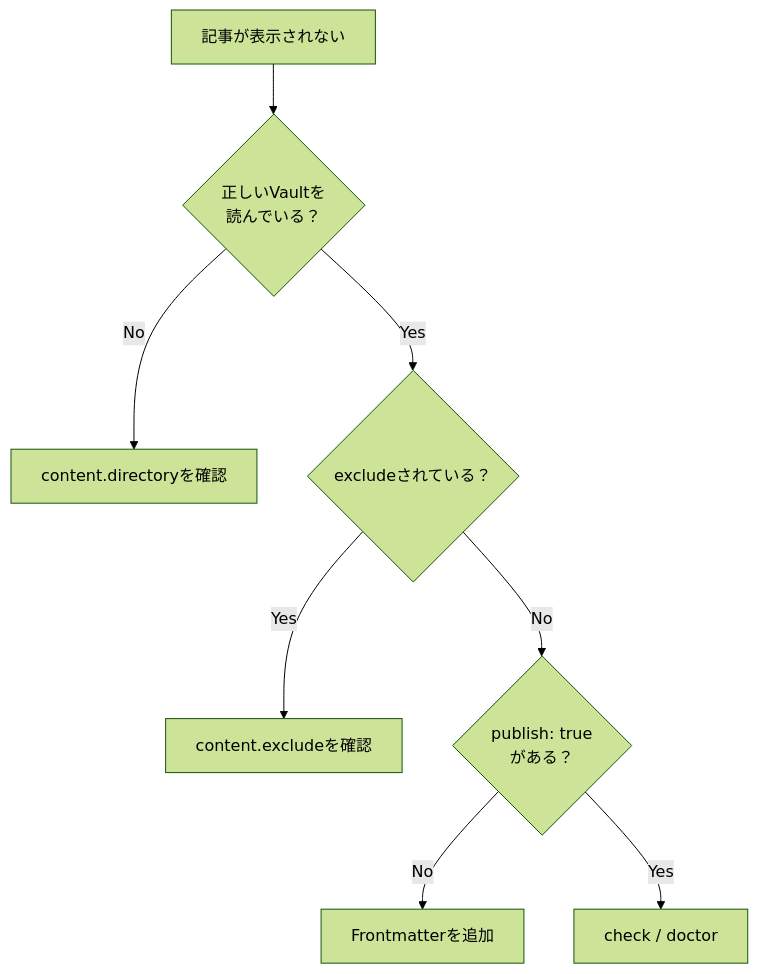
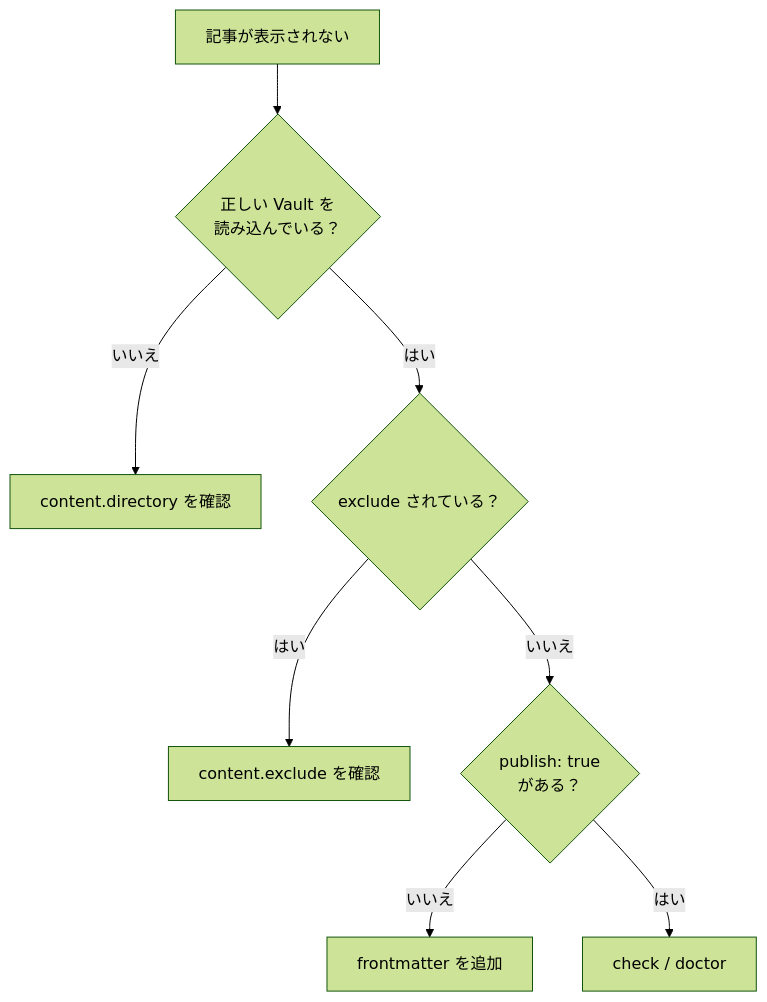
The sixth of 7 diagrams in docs/docs/guides/obsidian.ja.md (Rerurate514/riebeckite), drawn with Mermaid (forest theme) before and after one commit. The commit also changed other lines of this file and 310 other files, not shown here.

````diff
--- a/docs/docs/guides/obsidian.ja.md
+++ b/docs/docs/guides/obsidian.ja.md
@@ -513,15 +461,15 @@
 ```mermaid id="b5j2z0"
 flowchart TD
     Start["記事が表示されない"]
 
-    Start --> Dir{"正しいVaultを<br/>読んでいる？"}
+    Start --> Dir{"正しい Vault を<br/>読み込んでいる？"}
 
-    Dir -->|No| Config["content.directoryを確認"]
-    Dir -->|Yes| Excluded{"excludeされている？"}
+    Dir -->|"いいえ"| Config["content.directory を確認"]
+    Dir -->|"はい"| Excluded{"exclude されている？"}
 
-    Excluded -->|Yes| Exclude["content.excludeを確認"]
-    Excluded -->|No| Publish{"publish: true<br/>がある？"}
+    Excluded -->|"はい"| Exclude["content.exclude を確認"]
+    Excluded -->|"いいえ"| Publish{"publish: true<br/>がある？"}
 
-    Publish -->|No| Frontmatter["Frontmatterを追加"]
-    Publish -->|Yes| Diagnose["check / doctor"]
+    Publish -->|"いいえ"| Frontmatter["frontmatter を追加"]
+    Publish -->|"はい"| Diagnose["check / doctor"]
 ```
````
